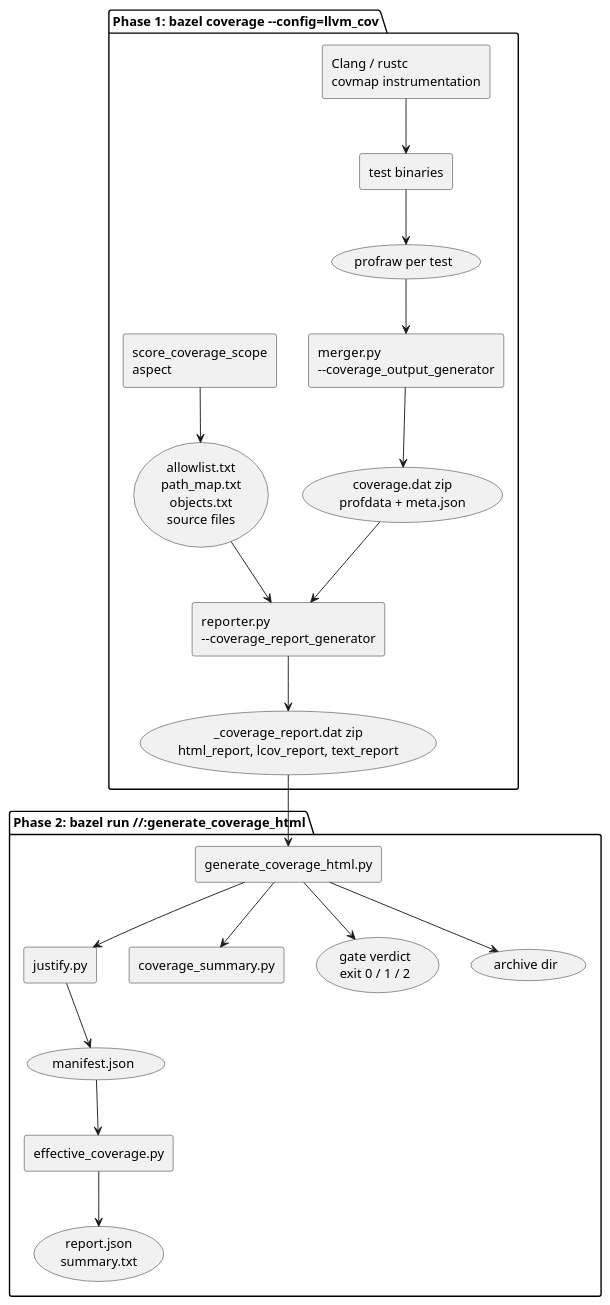
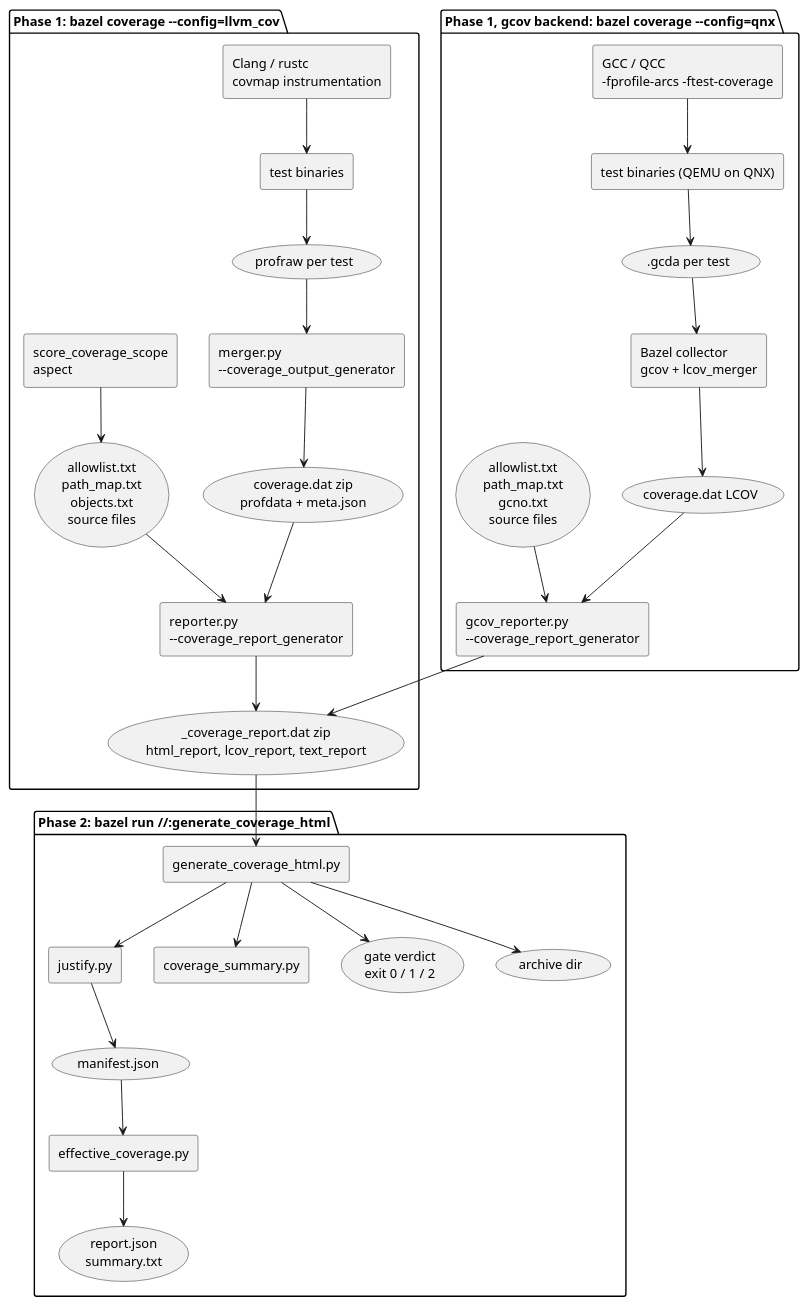
One commit to eclipse-score/coverage_tool changed the diagram in docs/architecture/index.rst. Above: the diagram before and after it, drawn with PlantUML. The commit also changed other lines of this file and 31 other files, not shown here.

First line of the commit message:
Add the gcov backend for QNX on-target coverage

```diff
--- a/docs/architecture/index.rst
+++ b/docs/architecture/index.rst
@@ -30,25 +38,34 @@
 .. uml::
 
    @startuml
    skinparam componentStyle rectangle
    package "Phase 1: bazel coverage --config=llvm_cov" {
      [Clang / rustc\ncovmap instrumentation] --> [test binaries]
      [test binaries] --> (profraw per test)
      (profraw per test) --> [merger.py\n--coverage_output_generator]
      [merger.py\n--coverage_output_generator] --> (coverage.dat zip\nprofdata + meta.json)
      [score_coverage_scope\naspect] --> (allowlist.txt\npath_map.txt\nobjects.txt\nsource files)
      (coverage.dat zip\nprofdata + meta.json) --> [reporter.py\n--coverage_report_generator]
      (allowlist.txt\npath_map.txt\nobjects.txt\nsource files) --> [reporter.py\n--coverage_report_generator]
      [reporter.py\n--coverage_report_generator] --> (_coverage_report.dat zip\nhtml_report, lcov_report, text_report)
    }
+   package "Phase 1, gcov backend: bazel coverage --config=qnx" {
+     [GCC / QCC\n-fprofile-arcs -ftest-coverage] --> [test binaries (QEMU on QNX)]
+     [test binaries (QEMU on QNX)] --> (.gcda per test)
+     (.gcda per test) --> [Bazel collector\ngcov + lcov_merger]
+     [Bazel collector\ngcov + lcov_merger] --> (coverage.dat LCOV)
+     (coverage.dat LCOV) --> [gcov_reporter.py\n--coverage_report_generator]
+     (allowlist.txt\npath_map.txt\ngcno.txt\nsource files) --> [gcov_reporter.py\n--coverage_report_generator]
+     [gcov_reporter.py\n--coverage_report_generator] --> (_coverage_report.dat zip\nhtml_report, lcov_report, text_report)
+   }
    package "Phase 2: bazel run //:generate_coverage_html" {
      (_coverage_report.dat zip\nhtml_report, lcov_report, text_report) --> [generate_coverage_html.py]
      [generate_coverage_html.py] --> [justify.py]
      [justify.py] --> (manifest.json)
      (manifest.json) --> [effective_coverage.py]
      [effective_coverage.py] --> (report.json\nsummary.txt)
      [generate_coverage_html.py] --> [coverage_summary.py]
      [generate_coverage_html.py] --> (gate verdict\nexit 0 / 1 / 2)
      [generate_coverage_html.py] --> (archive dir)
    }
    @enduml
```
